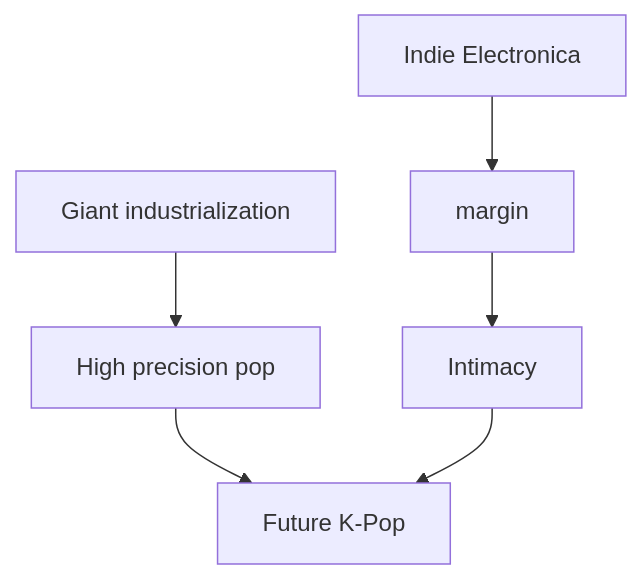
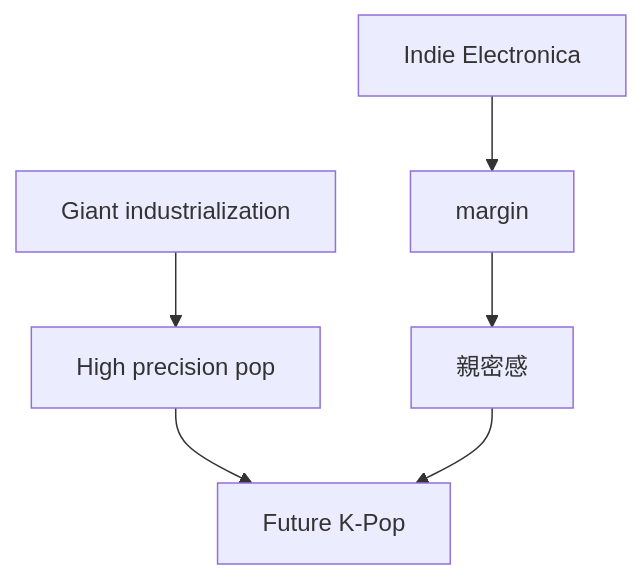
Before and after one commit to monumental-movement/monumental-movement.github.io: diagram 17 of 17 in en/_posts/2026-05-24-column-k-pop-indie-electronica.md, drawn with Mermaid. The commit also changed other lines of this file and 2196 other files, not shown here.

```diff
--- a/en/_posts/2026-05-24-column-k-pop-indie-electronica.md
+++ b/en/_posts/2026-05-24-column-k-pop-indie-electronica.md
@@ -537,10 +537,10 @@
 <div class="mermaid">
 graph TD
 A["Giant industrialization"] --> B["High precision pop"]
 
 C["Indie Electronica"] --> D["margin"]
-D --> E["Intimacy"]
+D --> E["親密感"]
 
 B --> F["Future K-Pop"]
 E --> F
 </div>
```
